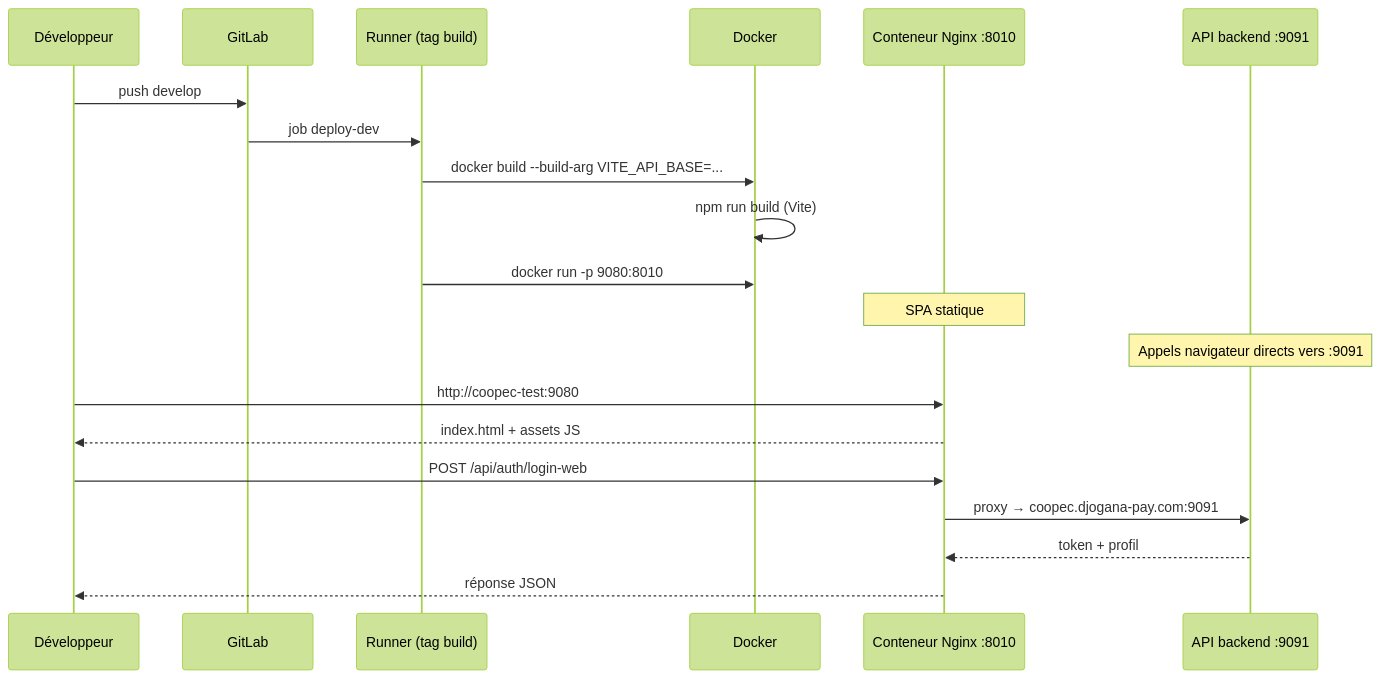
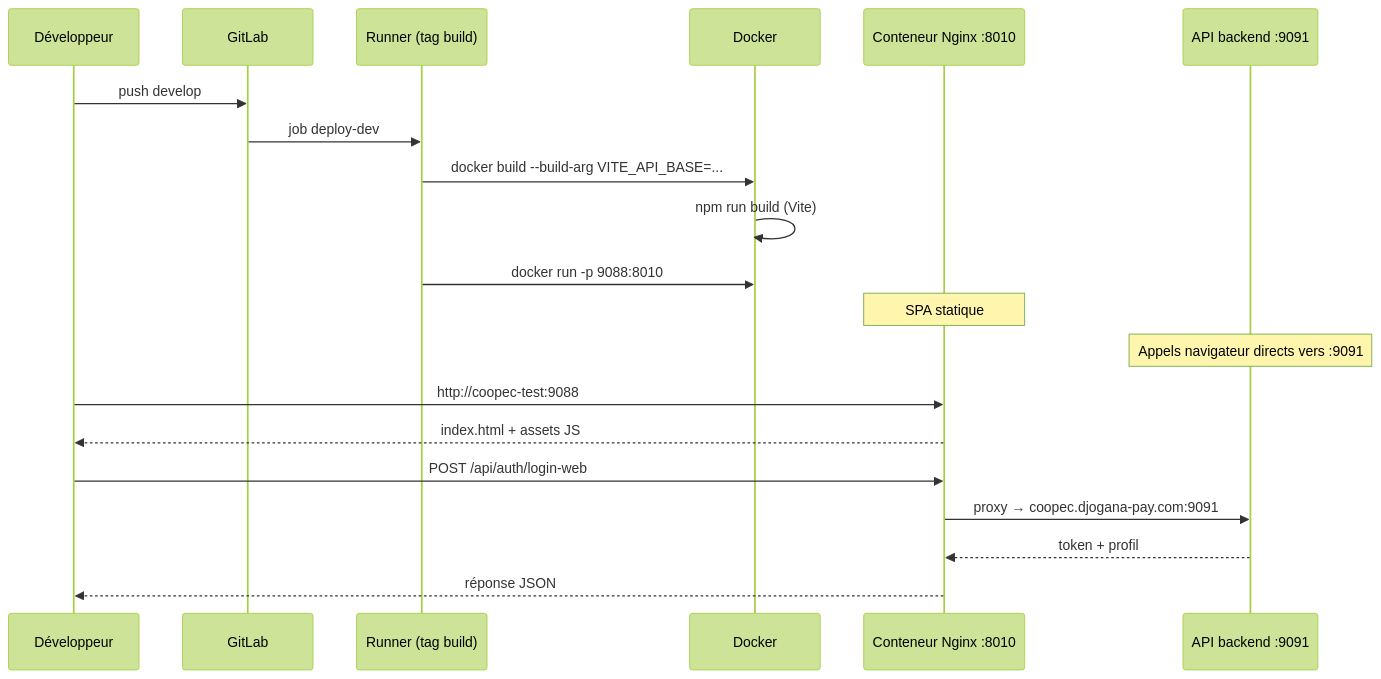
One commit to Myahse/coopec changed the third of 3 diagrams in README.md. Above: the diagram before and after it, drawn with Mermaid (forest theme). The commit also changed other lines of this file, not shown here.

````diff
--- a/README.md
+++ b/README.md
@@ -155,23 +155,23 @@
 ```mermaid
 sequenceDiagram
   participant Dev as Développeur
   participant GL as GitLab
   participant Runner as Runner (tag build)
   participant Docker as Docker
   participant Nginx as Conteneur Nginx :8010
   participant API as API backend :9091
 
   Dev->>GL: push develop
   GL->>Runner: job deploy-dev
   Runner->>Docker: docker build --build-arg VITE_API_BASE=...
   Docker->>Docker: npm run build (Vite)
-  Runner->>Docker: docker run -p 9080:8010
+  Runner->>Docker: docker run -p 9088:8010
   Note over Nginx: SPA statique
   Note over API: Appels navigateur directs vers :9091
-  Dev->>Nginx: http://coopec-test:9080
+  Dev->>Nginx: http://coopec-test:9088
   Nginx-->>Dev: index.html + assets JS
   Dev->>Nginx: POST /api/auth/login-web
   Nginx->>API: proxy → coopec.djogana-pay.com:9091
   API-->>Nginx: token + profil
   Nginx-->>Dev: réponse JSON
 ```
````
